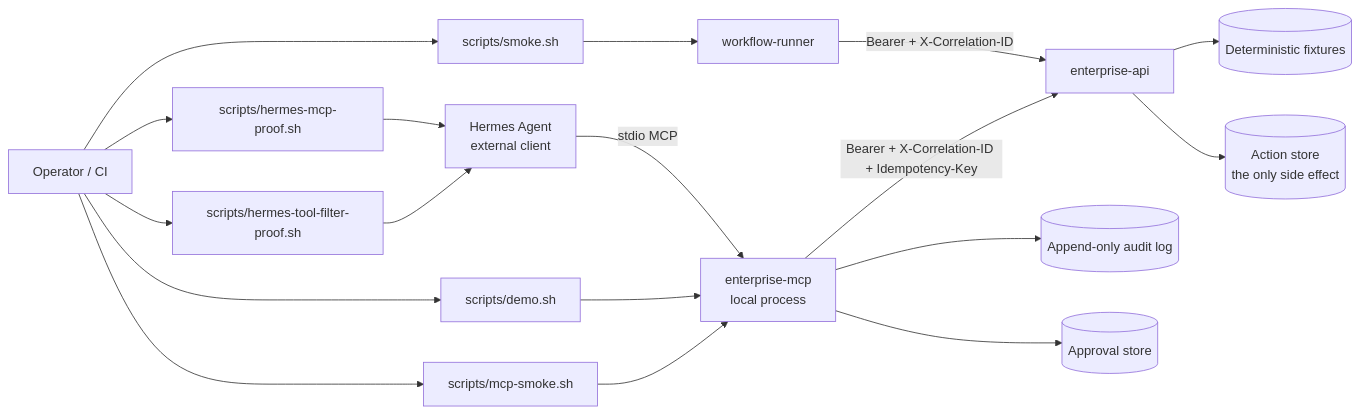
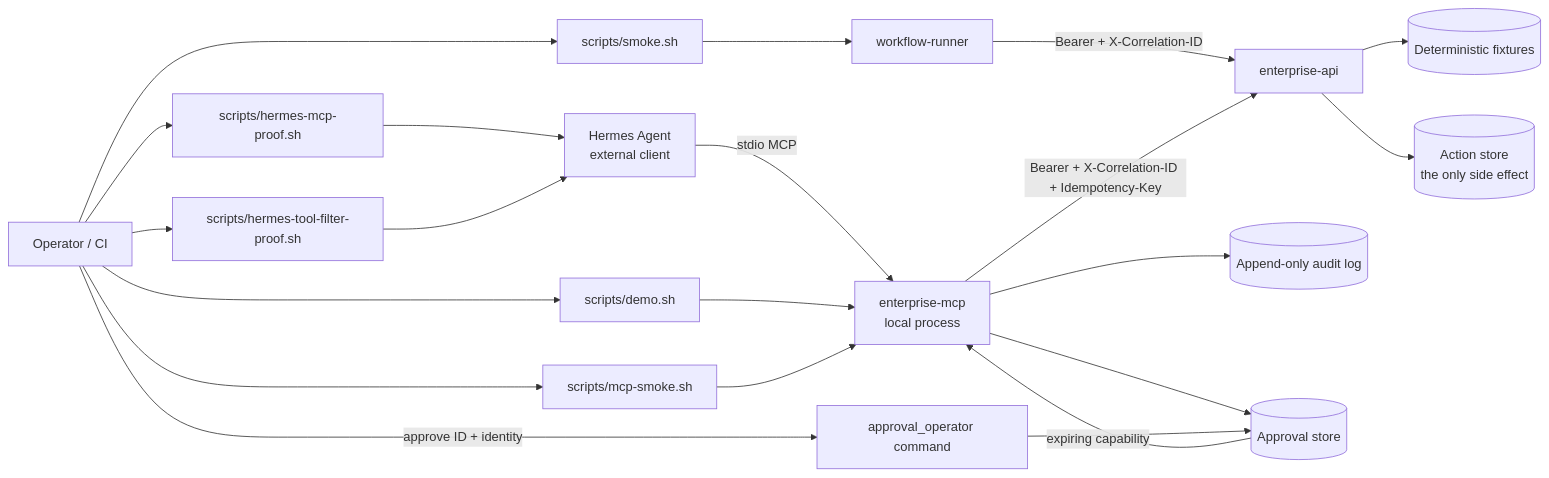
The diagram in docs/architecture.md (dbett4/hermes-enterprise-deployment-lab), drawn with Mermaid before and after one commit. The commit also changed other lines of this file and 23 other files, not shown here.

Commit message:
separate operator approval from agent mutation

````diff
--- a/docs/architecture.md
+++ b/docs/architecture.md
@@ -5,20 +5,23 @@
 ```mermaid
 flowchart LR
   hermes[Hermes Agent\nexternal client] -->|stdio MCP| mcp[enterprise-mcp\nlocal process]
   operator[Operator / CI] --> demo[scripts/demo.sh]
+  operator -->|approve ID + identity| approvalCommand[approval_operator command]
   operator --> mcpSmoke[scripts/mcp-smoke.sh]
   operator --> hermesProof[scripts/hermes-mcp-proof.sh]
   operator --> filterProof[scripts/hermes-tool-filter-proof.sh]
   operator --> smoke[scripts/smoke.sh]
   demo --> mcp
   mcpSmoke --> mcp
   hermesProof --> hermes
   filterProof --> hermes
   smoke --> runner[workflow-runner]
   runner -->|Bearer + X-Correlation-ID| api[enterprise-api]
   mcp -->|Bearer + X-Correlation-ID + Idempotency-Key| api
   api --> fixtures[(Deterministic fixtures)]
   api --> store[(Action store\nthe only side effect)]
   mcp --> audit[(Append-only audit log)]
   mcp --> approvals[(Approval store)]
+  approvalCommand --> approvals
+  approvals -->|expiring capability| mcp
 ```
````
